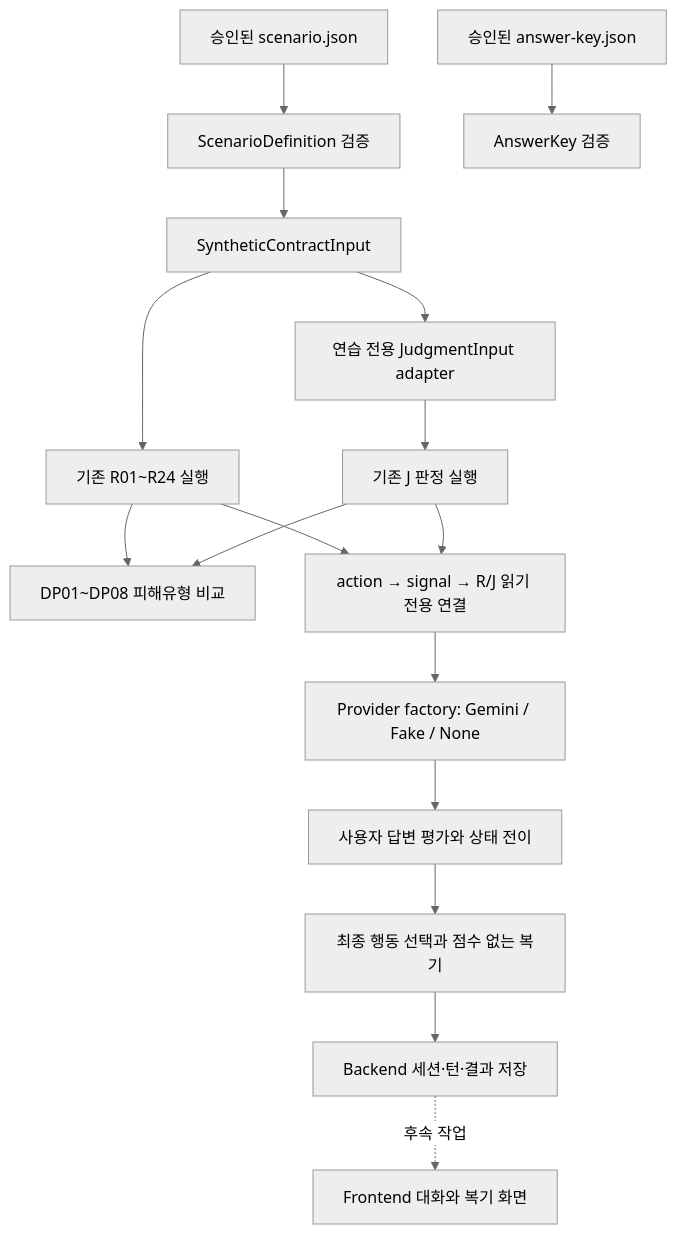
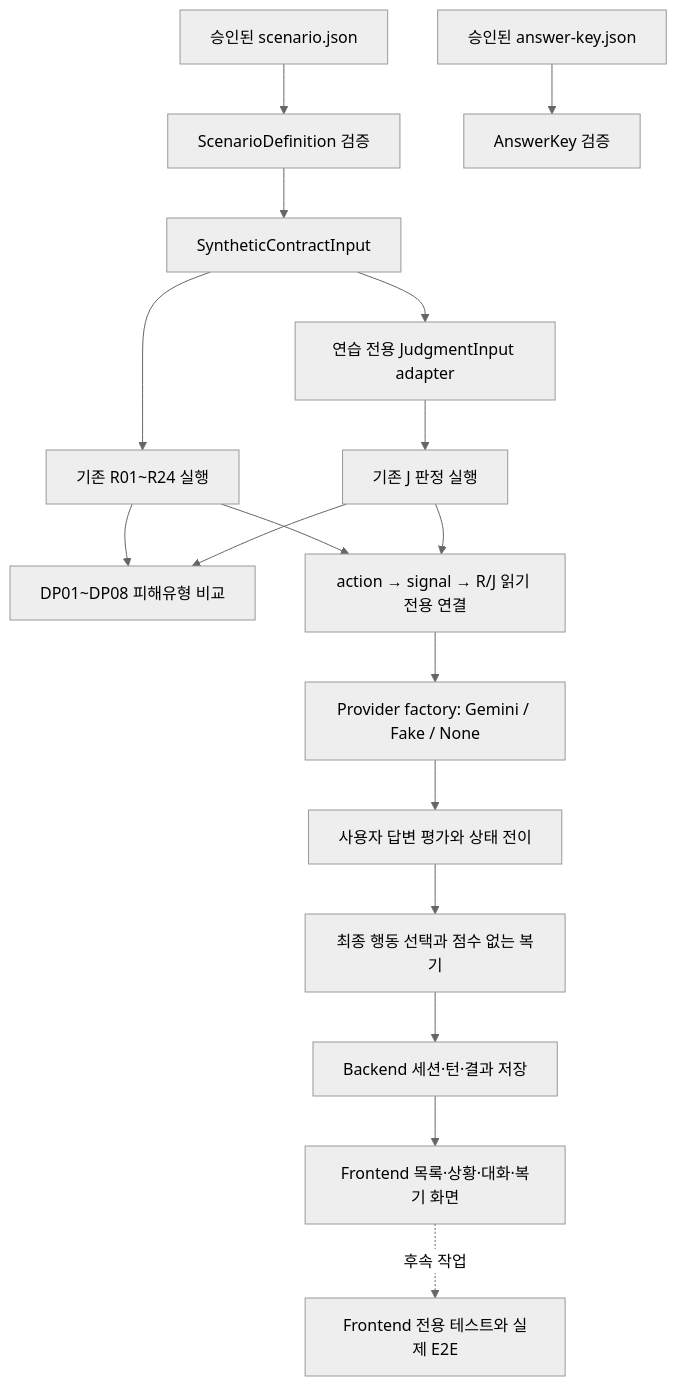
One commit to coding-jhj/Lease-Companion changed the diagram in docs/planning/practice-simulation-work-guide.md. Above: the diagram before and after it, drawn with Mermaid (neutral theme). The commit also changed other lines of this file and 12 other files, not shown here.

Commit message:
feat(practice): add frontend simulation flow

````diff
--- a/docs/planning/practice-simulation-work-guide.md
+++ b/docs/planning/practice-simulation-work-guide.md
@@ -53,18 +55,19 @@
 ```mermaid
 flowchart TD
     A[승인된 scenario.json] --> B[ScenarioDefinition 검증]
     C[승인된 answer-key.json] --> D[AnswerKey 검증]
     B --> E[SyntheticContractInput]
     E --> F[기존 R01~R24 실행]
     E --> G[연습 전용 JudgmentInput adapter]
     G --> H[기존 J 판정 실행]
     F --> I[DP01~DP08 피해유형 비교]
     H --> I
     F --> J[action → signal → R/J 읽기 전용 연결]
     H --> J
     J --> P[Provider factory: Gemini / Fake / None]
     P --> K[사용자 답변 평가와 상태 전이]
     K --> N[최종 행동 선택과 점수 없는 복기]
     N --> L[Backend 세션·턴·결과 저장]
-    L -. 후속 작업 .-> M[Frontend 대화와 복기 화면]
+    L --> M[Frontend 목록·상황·대화·복기 화면]
+    M -. 후속 작업 .-> O[Frontend 전용 테스트와 실제 E2E]
 ```
````
